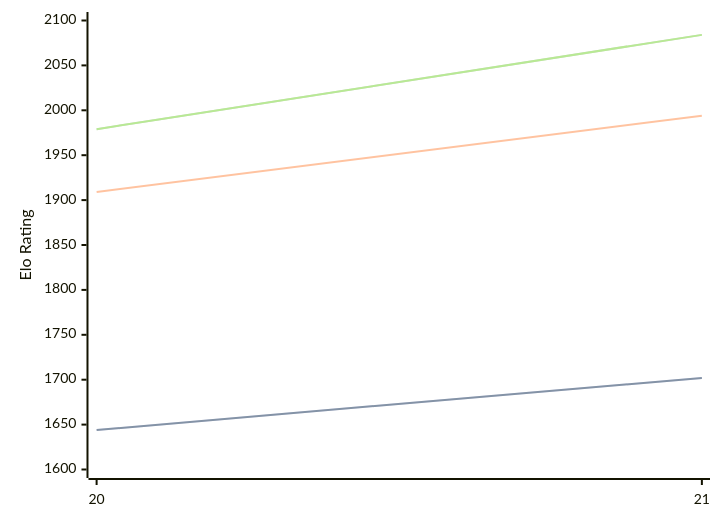
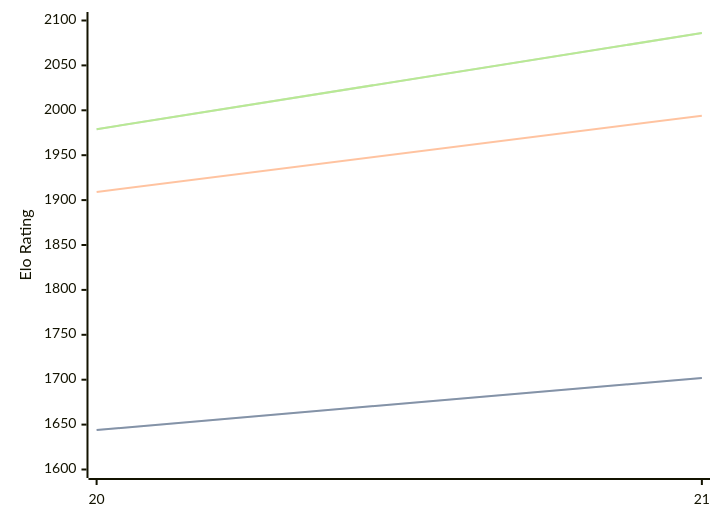
One commit to computer-chess-index/cci changed the diagram in engines/PurplePanda.md. Above: the diagram before and after it, drawn with Mermaid. The commit also changed other lines of this file, not shown here.

Commit message:
Update CCI Ratings (ELO VLTC) - 2026-08-23

````diff
--- a/engines/PurplePanda.md
+++ b/engines/PurplePanda.md
@@ -32,11 +32,11 @@
 ```mermaid
 %%{init: {"theme":"base","themeVariables":{"seriesColors:['#a3a3a3','#222221','#faa371']}}}%%
 xychart-beta
   x-axis ["20", "21"]
   y-axis "Elo Rating" 1600 --> 2100
   line "STC (8.0+0.08s)" [1644, 1702]
   line "STC (8.0+0.08s)" [1644, 1702]
   line "LTC (60.0+0.60s)" [1909, 1994]
-  line "VLTC (2m24s+1.12s)" [1979, 2084]
-  line "VLTC (2m24s+1.12s)" [1979, 2084]
+  line "VLTC (2m24s+1.12s)" [1979, 2086]
+  line "VLTC (2m24s+1.12s)" [1979, 2086]
 ```
````
